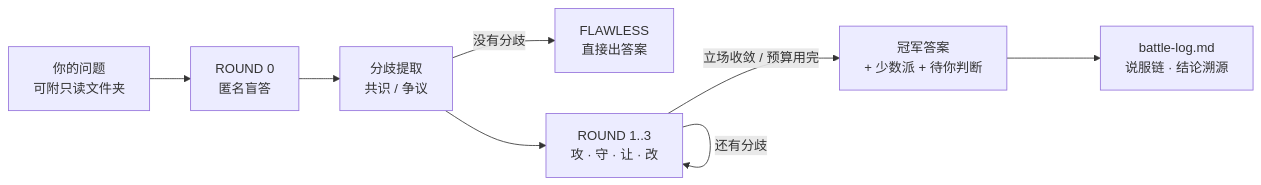
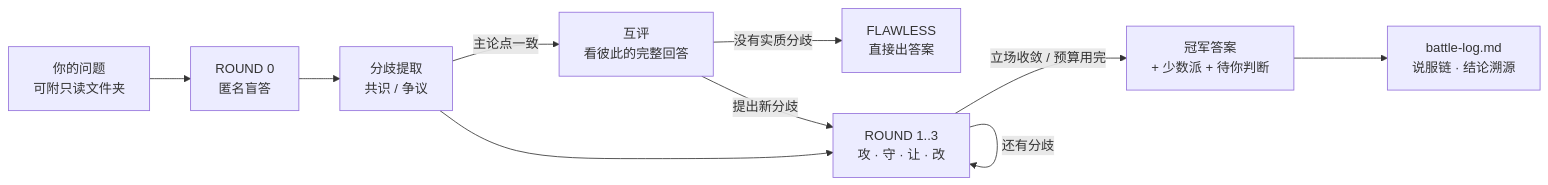
The diagram in README.md (Jason-Zhang-xiquan/crux-arena), drawn with Mermaid before and after one commit. The commit also changed other lines of this file and 20 other files, not shown here.

````diff
--- a/README.md
+++ b/README.md
@@ -73,10 +73,12 @@
 ```mermaid
 flowchart LR
   Q[你的问题<br/>可附只读文件夹] --> R0[ROUND 0<br/>匿名盲答]
   R0 --> X[分歧提取<br/>共识 / 争议]
-  X -- 没有分歧 --> F[FLAWLESS<br/>直接出答案]
+  X -- 主论点一致 --> V[互评<br/>看彼此的完整回答]
+  V -- 没有实质分歧 --> F[FLAWLESS<br/>直接出答案]
+  V -- 提出新分歧 --> R
   X --> R[ROUND 1..3<br/>攻 · 守 · 让 · 改]
   R -- 立场收敛 / 预算用完 --> C[冠军答案<br/>+ 少数派 + 待你判断]
   R -- 还有分歧 --> R
   C --> L[battle-log.md<br/>说服链 · 结论溯源]
 ```
````
